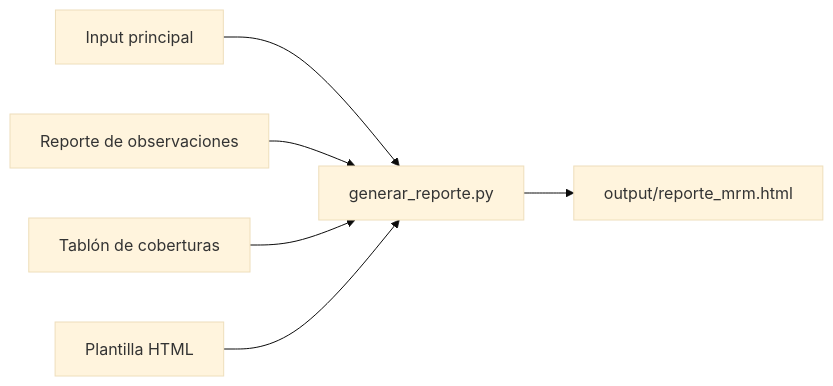
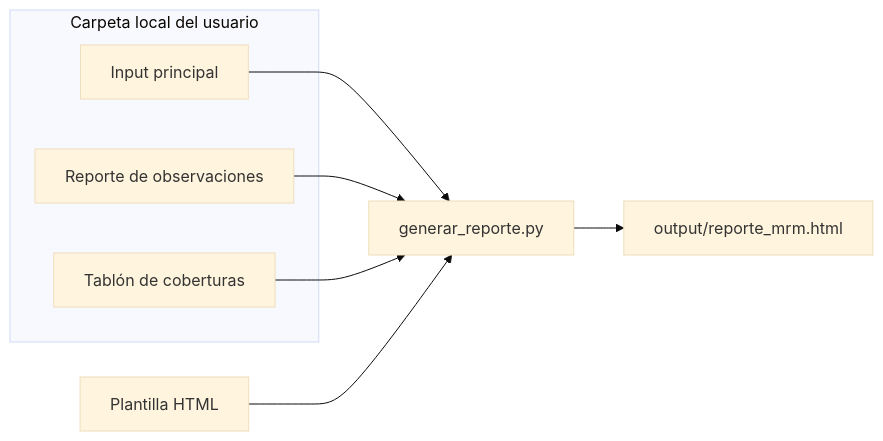
The diagram in README.md (DanteBarreto/Score-MRM-2.0), drawn with Mermaid (base theme) before and after one commit. The commit also changed other lines of this file and 15 other files, not shown here.

First line of the commit message:
Leer los inputs desde una carpeta local de cada usuario

````diff
--- a/README.md
+++ b/README.md
@@ -33,8 +34,13 @@
 ```mermaid
 flowchart LR
-    A[Input principal] --> D[generar_reporte.py]
-    B[Reporte de observaciones] --> D
-    C[Tablón de coberturas] --> D
+    subgraph L[Carpeta local del usuario]
+      A[Input principal]
+      B[Reporte de observaciones]
+      C[Tablón de coberturas]
+    end
+    A --> D[generar_reporte.py]
+    B --> D
+    C --> D
     T[Plantilla HTML] --> D
     D --> R[output/reporte_mrm.html]
 ```
````
